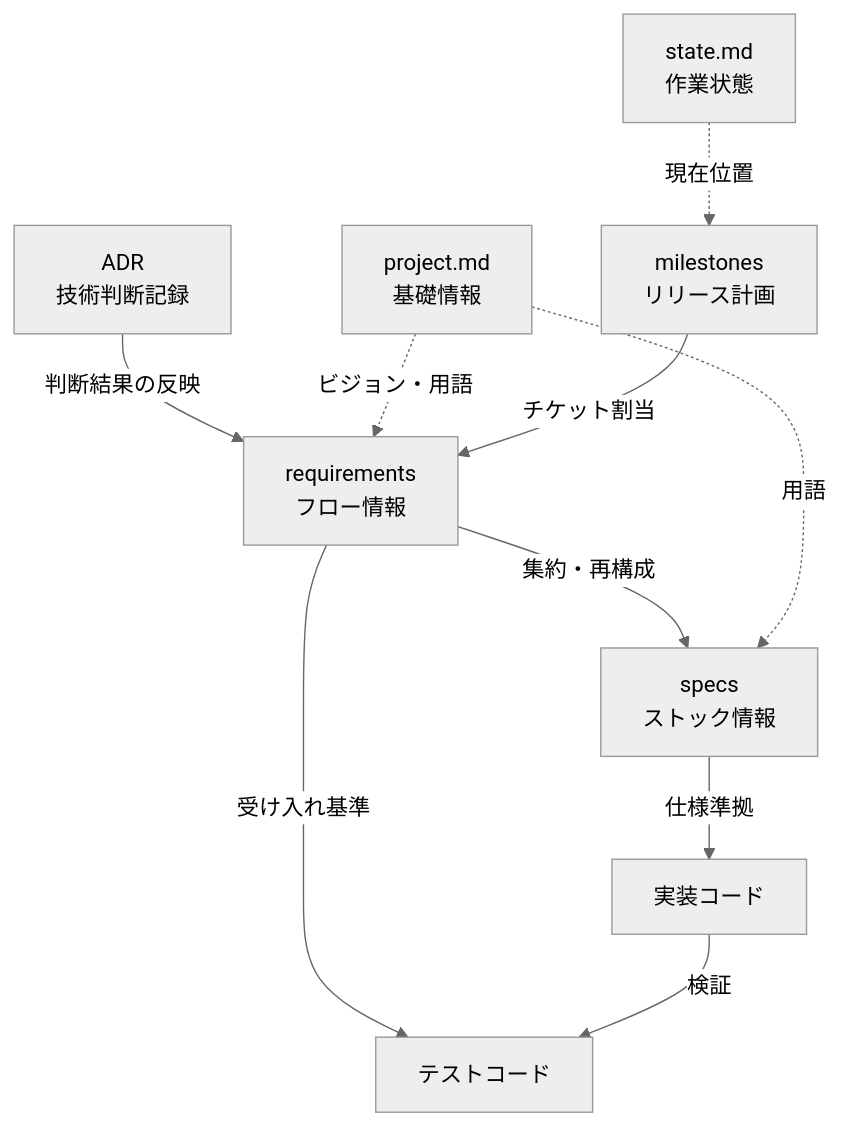
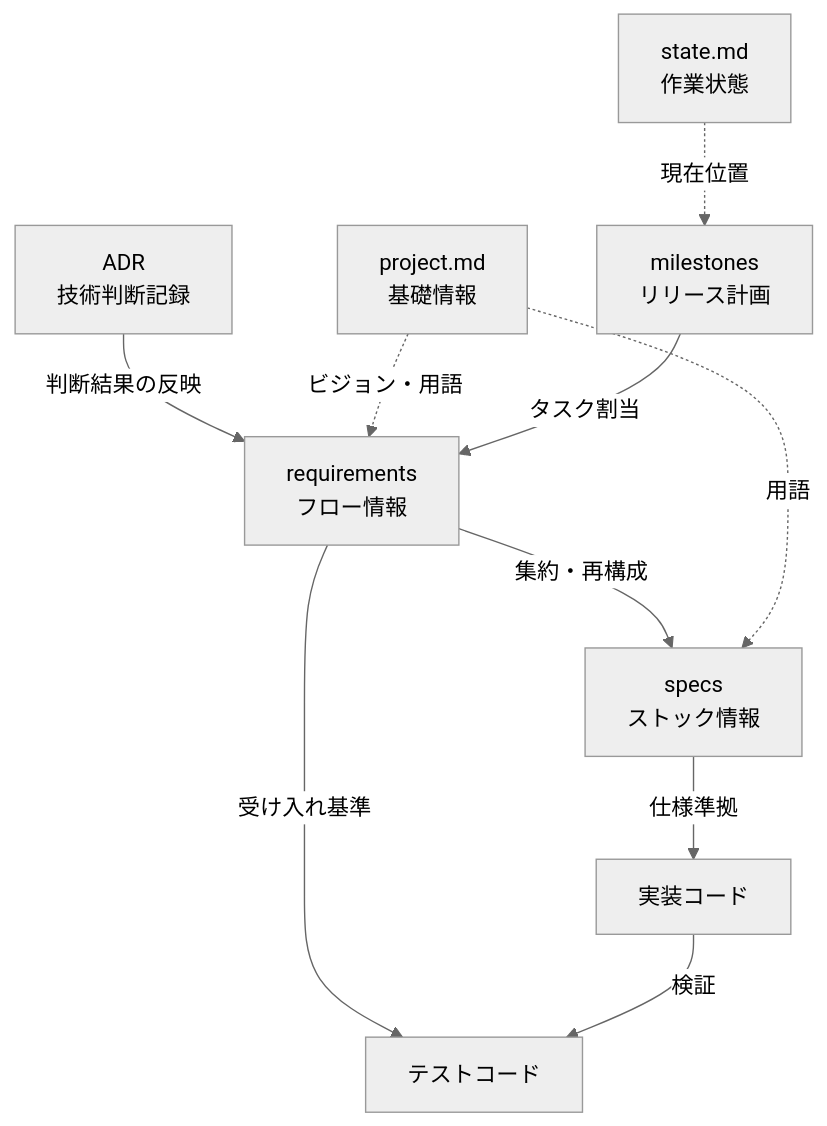
One commit to atriumnook/add-template changed the diagram in docs/guides/01-structure.md. Above: the diagram before and after it, drawn with Mermaid (neutral theme). The commit also changed other lines of this file and 30 other files, not shown here.

````diff
--- a/docs/guides/01-structure.md
+++ b/docs/guides/01-structure.md
@@ -58,12 +58,12 @@
 ```mermaid
 graph TD
     REQ[requirements<br/>フロー情報] -->|集約・再構成| SPECS[specs<br/>ストック情報]
     ADR[ADR<br/>技術判断記録] -->|判断結果の反映| REQ
     REQ -->|受け入れ基準| TEST[テストコード]
     SPECS -->|仕様準拠| CODE[実装コード]
     CODE -->|検証| TEST
     PROJECT[project.md<br/>基礎情報] -.->|ビジョン・用語| REQ
     PROJECT -.->|用語| SPECS
-    MS[milestones<br/>リリース計画] -->|チケット割当| REQ
+    MS[milestones<br/>リリース計画] -->|タスク割当| REQ
     STATE[state.md<br/>作業状態] -.->|現在位置| MS
 ```
````
